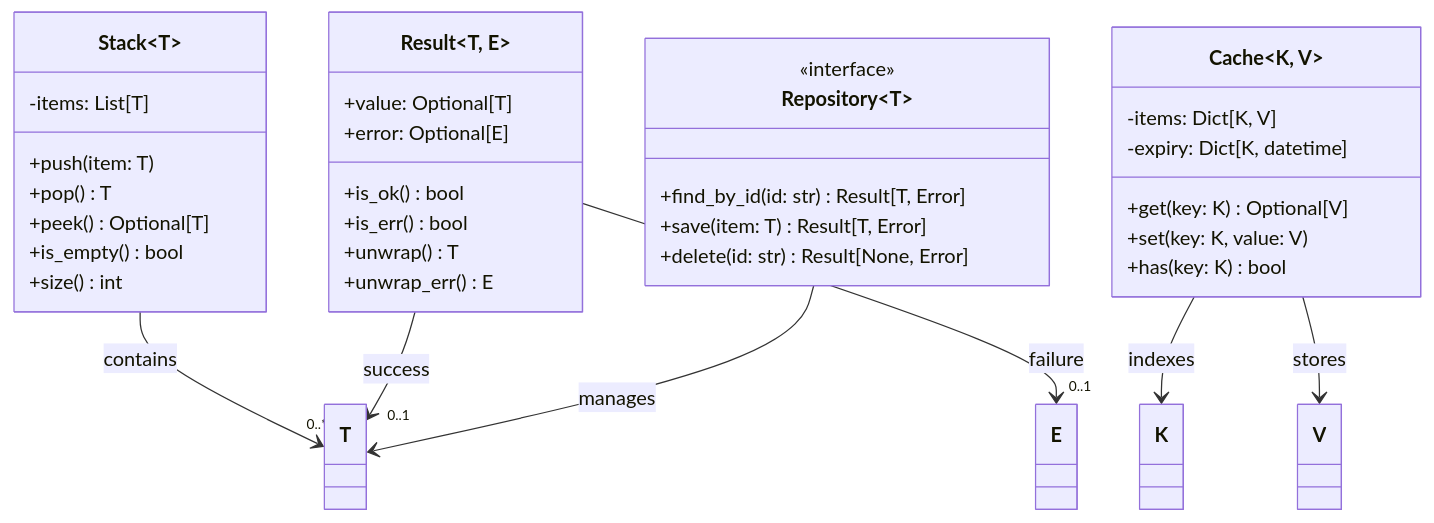
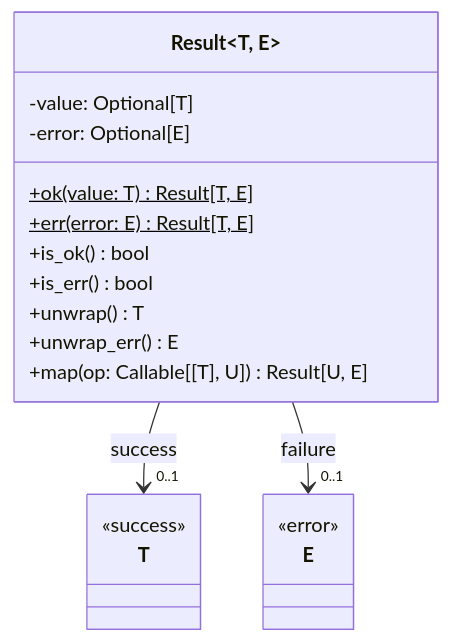
Before and after one commit to johnburbridge/python-cookbook: the second of 2 diagrams in generics/README.md, drawn with Mermaid. The commit also changed other lines of this file, not shown here.

Commit message:
docs: split generic type diagrams and improve documentation

````diff
--- a/generics/README.md
+++ b/generics/README.md
@@ -7,39 +38,22 @@
 ```mermaid
 classDiagram
-    class Stack~T~ {
-        -items: List[T]
-        +push(item: T)
-        +pop() T
-        +peek() Optional[T]
-        +is_empty() bool
-        +size() int
-    }
     class Result~T, E~ {
-        +value: Optional[T]
-        +error: Optional[E]
+        -value: Optional[T]
+        -error: Optional[E]
+        +ok(value: T)$ Result[T, E]
+        +err(error: E)$ Result[T, E]
         +is_ok() bool
         +is_err() bool
         +unwrap() T
         +unwrap_err() E
+        +map(op: Callable[[T], U]) Result[U, E]
     }
-    class Repository~T~ {
-        <<interface>>
-        +find_by_id(id: str) Result[T, Error]
-        +save(item: T) Result[T, Error]
-        +delete(id: str) Result[None, Error]
+    class T {
+        <<success>>
     }
-    class Cache~K, V~ {
-        -items: Dict[K, V]
-        -expiry: Dict[K, datetime]
-        +get(key: K) Optional[V]
-        +set(key: K, value: V)
-        +has(key: K) bool
+    class E {
+        <<error>>
     }
-
-    Stack --> "0..*" T : contains
     Result --> "0..1" T : success
     Result --> "0..1" E : failure
-    Repository --> T : manages
-    Cache --> K : indexes
-    Cache --> V : stores
 ```
````
